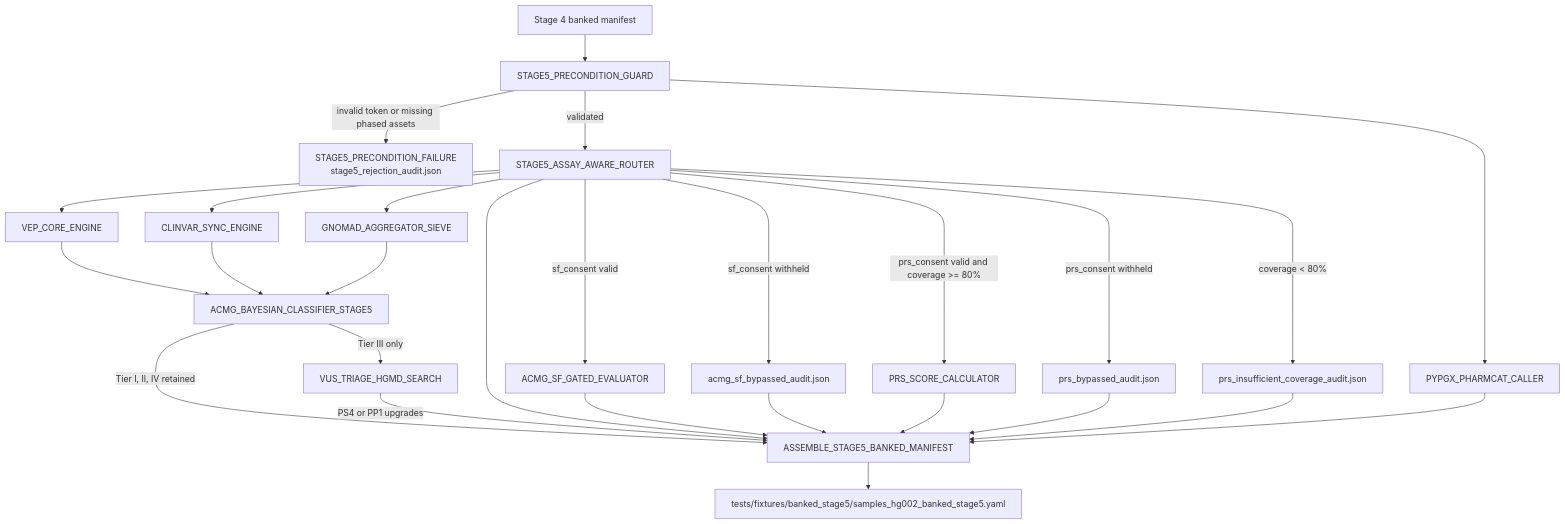
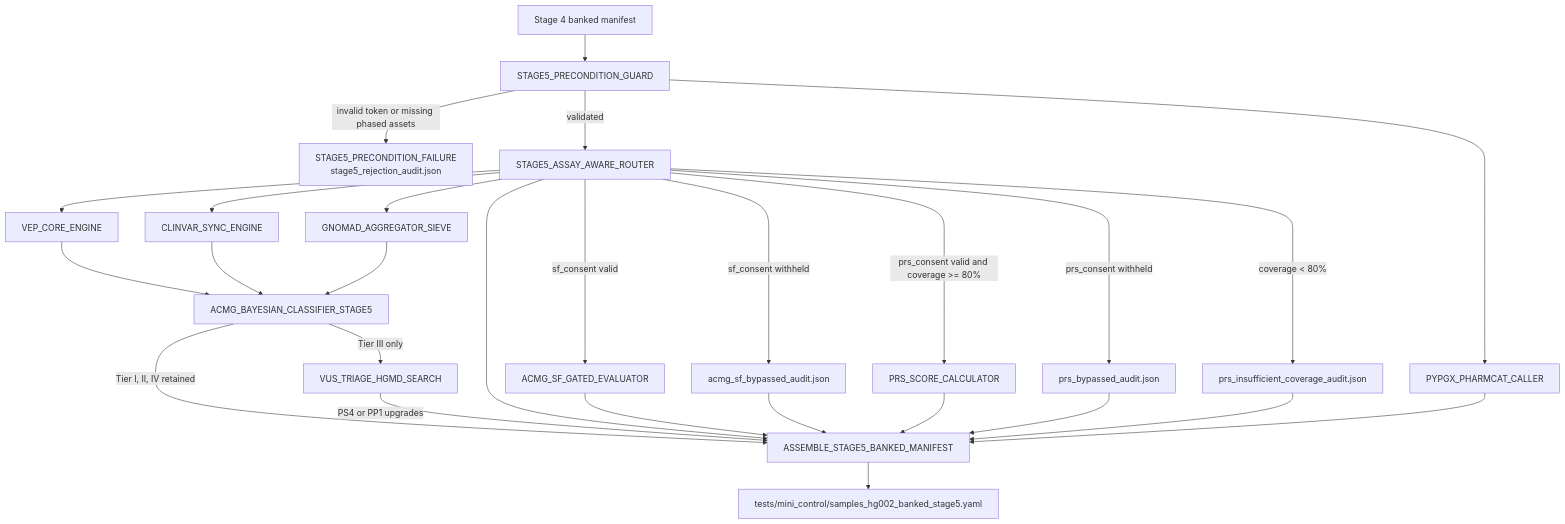
The diagram in Stage_5_Clinical_Annotation_PGx_Triage/README.md (jmorganknight/nf_Gen_Var_Pipe), drawn with Mermaid before and after one commit. The commit also changed other lines of this file and 148 other files, not shown here.

````diff
--- a/Stage_5_Clinical_Annotation_PGx_Triage/README.md
+++ b/Stage_5_Clinical_Annotation_PGx_Triage/README.md
@@ -21,34 +21,34 @@
 ```mermaid
 flowchart TD
   A["Stage 4 banked manifest"] --> B["STAGE5_PRECONDITION_GUARD"]
   B -->|invalid token or missing phased assets| Z["STAGE5_PRECONDITION_FAILURE\nstage5_rejection_audit.json"]
   B -->|validated| R["STAGE5_ASSAY_AWARE_ROUTER"]
 
   R --> V1["VEP_CORE_ENGINE"]
   R --> V2["CLINVAR_SYNC_ENGINE"]
   R --> V3["GNOMAD_AGGREGATOR_SIEVE"]
   V1 --> C["ACMG_BAYESIAN_CLASSIFIER_STAGE5"]
     V2 --> C
     V3 --> C
   C -->|Tier III only| H["VUS_TRIAGE_HGMD_SEARCH"]
   C -->|Tier I, II, IV retained| M["ASSEMBLE_STAGE5_BANKED_MANIFEST"]
     H -->|PS4 or PP1 upgrades| M
 
   R -->|sf_consent valid| S["ACMG_SF_GATED_EVALUATOR"]
   R -->|sf_consent withheld| S2["acmg_sf_bypassed_audit.json"]
 
   R -->|prs_consent valid and coverage >= 80%| P1["PRS_SCORE_CALCULATOR"]
   R -->|prs_consent withheld| P2["prs_bypassed_audit.json"]
   R -->|coverage < 80%| P3["prs_insufficient_coverage_audit.json"]
 
   B --> G["PYPGX_PHARMCAT_CALLER"]
 
     R --> M
     S --> M
     S2 --> M
     P1 --> M
     P2 --> M
     P3 --> M
     G --> M
-  M --> O["tests/fixtures/banked_stage5/samples_hg002_banked_stage5.yaml"]
+  M --> O["tests/mini_control/samples_hg002_banked_stage5.yaml"]
 ```
````
